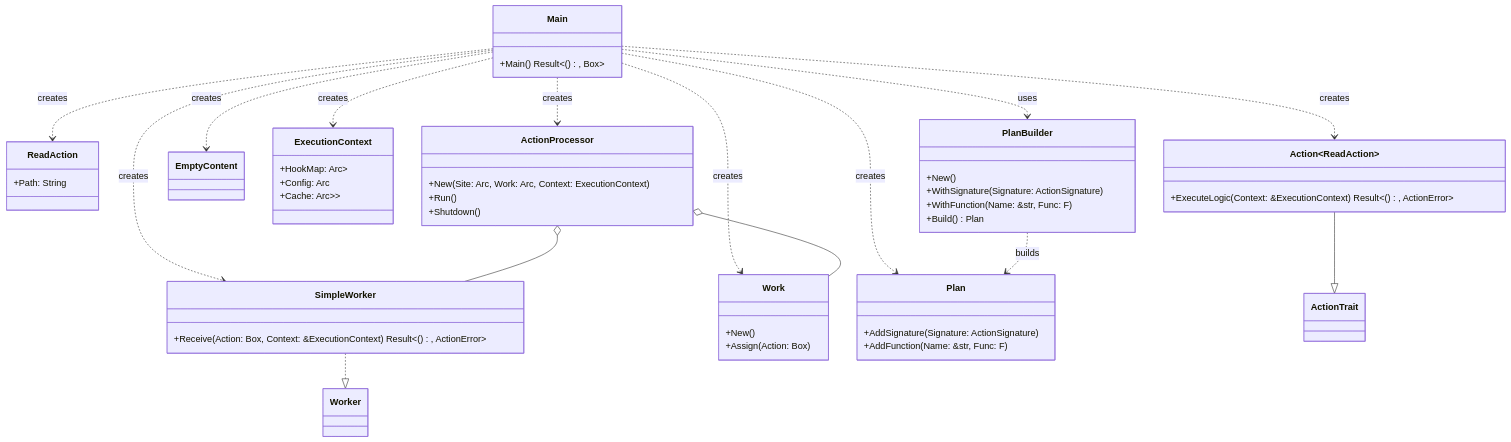
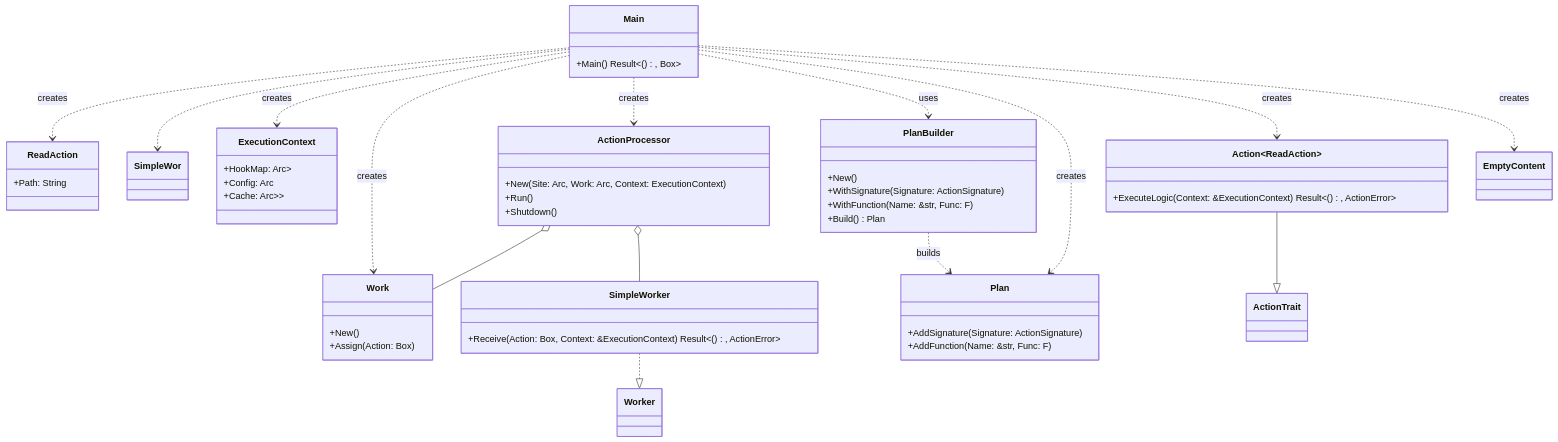
Before and after one commit to CodeEditorLand/Echo: the third of 4 diagrams in README.md, drawn with Mermaid. The commit also changed other lines of this file, not shown here.

````diff
--- a/README.md
+++ b/README.md
@@ -186,64 +186,64 @@
 ```mermaid
 classDiagram
     class ReadAction {
         +Path: String
     }
 
     class Action~ReadAction~ {
         +ExecuteLogic(Context: &ExecutionContext) Result<(), ActionError>
     }
 
     class SimpleWorker {
         +Receive(Action: Box<dyn ActionTrait>, Context: &ExecutionContext) Result<(), ActionError>
     }
 
     class EmptyContent
 
     class Main {
         +Main() Result<(), Box<dyn std::error::Error>>
     }
 
     class ExecutionContext {
         +HookMap: Arc<DashMap<String, Hook>>
         +Config: Arc<Config>
         +Cache: Arc<Mutex<DashMap<String, serde_json::Value>>>
     }
 
     class Work {
         +New()
         +Assign(Action: Box<dyn ActionTrait>)
     }
 
     class ActionProcessor {
         +New(Site: Arc<dyn Worker>, Work: Arc<Work>, Context: ExecutionContext)
         +Run()
         +Shutdown()
     }
 
     class PlanBuilder {
         +New()
         +WithSignature(Signature: ActionSignature)
         +WithFunction(Name: &str, Func: F)
         +Build() Plan
     }
 
     class Plan {
         +AddSignature(Signature: ActionSignature)
         +AddFunction(Name: &str, Func: F)
     }
 
     Action~ReadAction~ --|> ActionTrait
     SimpleWorker ..|> Worker
     Main ..> ReadAction : creates
-    Main ..> SimpleWorker : creates
+    Main ..> SimpleWor
     Main ..> ExecutionContext : creates
     Main ..> Work : creates
     Main ..> ActionProcessor : creates
     Main ..> PlanBuilder : uses
     Main ..> Plan : creates
     Main ..> Action~ReadAction~ : creates
     Main ..> EmptyContent : creates
     PlanBuilder ..> Plan : builds
     ActionProcessor o-- Work
     ActionProcessor o-- SimpleWorker
 ```
````
